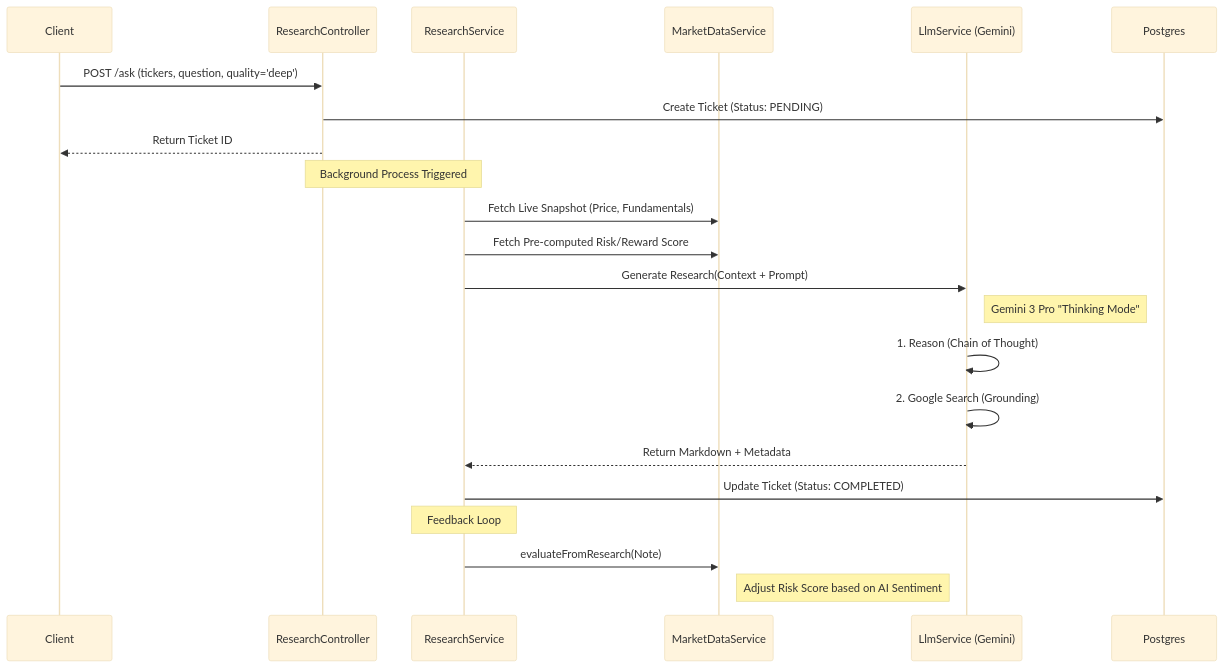
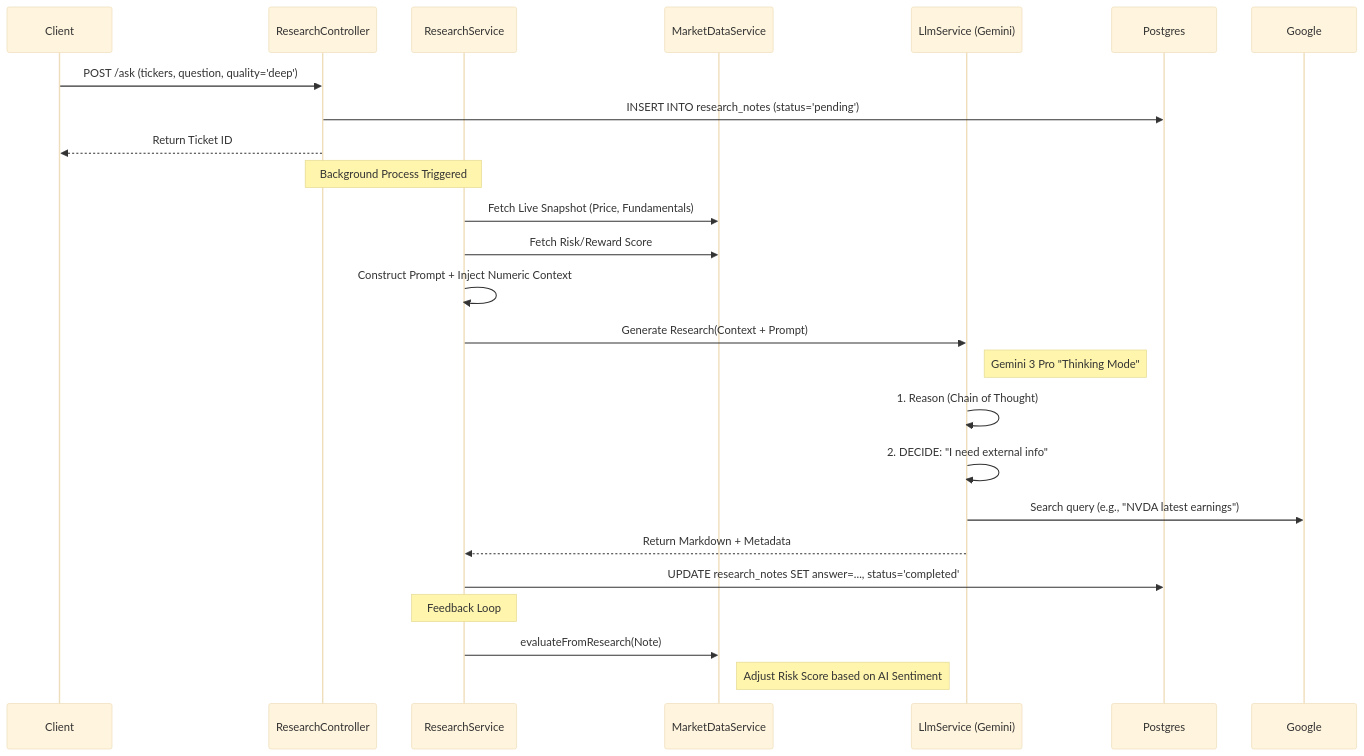
Before and after one commit to 404-Profit-Not-Found/neural-ticker-core: the diagram in spec/ai_architecture.md, drawn with Mermaid (base theme). The commit also changed other lines of this file and 3 other files, not shown here.

Commit message:
feat: ai architecture

````diff
--- a/spec/ai_architecture.md
+++ b/spec/ai_architecture.md
@@ -9,31 +28,33 @@
 ```mermaid
 sequenceDiagram
     participant Client
     participant API as ResearchController
     participant Svc as ResearchService
     participant Market as MarketDataService
     participant LLM as LlmService (Gemini)
     participant DB as Postgres
 
     Client->>API: POST /ask (tickers, question, quality='deep')
-    API->>DB: Create Ticket (Status: PENDING)
+    API->>DB: INSERT INTO research_notes (status='pending')
     API-->>Client: Return Ticket ID
     
     Note over API, Svc: Background Process Triggered
     
     Svc->>Market: Fetch Live Snapshot (Price, Fundamentals)
-    Svc->>Market: Fetch Pre-computed Risk/Reward Score
+    Svc->>Market: Fetch Risk/Reward Score
+    Svc->>Svc: Construct Prompt + Inject Numeric Context
     
     Svc->>LLM: Generate Research(Context + Prompt)
     
     Note right of LLM: Gemini 3 Pro "Thinking Mode"
     LLM->>LLM: 1. Reason (Chain of Thought)
-    LLM->>LLM: 2. Google Search (Grounding)
+    LLM->>LLM: 2. DECIDE: "I need external info"
+    LLM->>Google: Search query (e.g., "NVDA latest earnings")
     LLM-->>Svc: Return Markdown + Metadata
     
-    Svc->>DB: Update Ticket (Status: COMPLETED)
+    Svc->>DB: UPDATE research_notes SET answer=..., status='completed'
     
     Note over Svc: Feedback Loop
     Svc->>Market: evaluateFromResearch(Note)
     Note right of Market: Adjust Risk Score based on AI Sentiment
 ```
````
